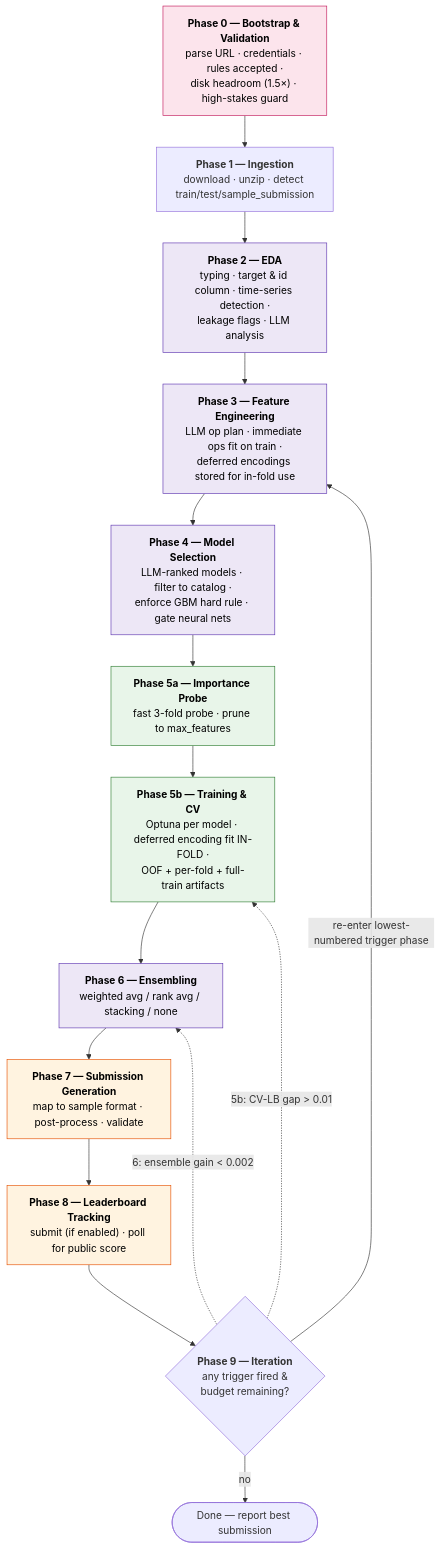
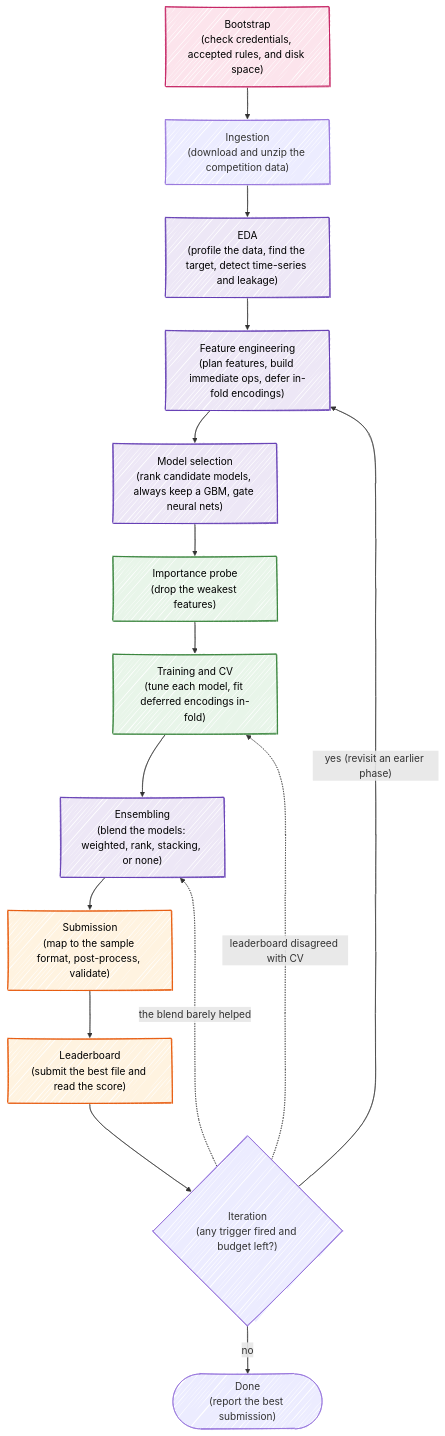
One commit to VaradHajare/Kaggle-Autopilot changed the first of 2 diagrams in README.md. Above: the diagram before and after it, drawn with Mermaid. The commit also changed other lines of this file and 1 other file, not shown here.

First line of the commit message:
Trim README to key diagrams and add architecture image

````diff
--- a/README.md
+++ b/README.md
@@ -151,30 +114,35 @@
 ```mermaid
+---
+config:
+  look: handDrawn
+  theme: default
+---
 flowchart TD
-    P0["<b>Phase 0 — Bootstrap & Validation</b><br/>parse URL · credentials · rules accepted ·<br/>disk headroom (1.5×) · high-stakes guard"]
-    P1["<b>Phase 1 — Ingestion</b><br/>download · unzip · detect train/test/sample_submission"]
-    P2["<b>Phase 2 — EDA</b><br/>typing · target & id column · time-series detection ·<br/>leakage flags · LLM analysis"]
-    P3["<b>Phase 3 — Feature Engineering</b><br/>LLM op plan · immediate ops fit on train ·<br/>deferred encodings stored for in-fold use"]
-    P4["<b>Phase 4 — Model Selection</b><br/>LLM-ranked models · filter to catalog ·<br/>enforce GBM hard rule · gate neural nets"]
-    P5a["<b>Phase 5a — Importance Probe</b><br/>fast 3-fold probe · prune to max_features"]
-    P5b["<b>Phase 5b — Training & CV</b><br/>Optuna per model · deferred encoding fit IN-FOLD ·<br/>OOF + per-fold + full-train artifacts"]
-    P6["<b>Phase 6 — Ensembling</b><br/>weighted avg / rank avg / stacking / none"]
-    P7["<b>Phase 7 — Submission Generation</b><br/>map to sample format · post-process · validate"]
-    P8["<b>Phase 8 — Leaderboard Tracking</b><br/>submit (if enabled) · poll for public score"]
-    P9{"<b>Phase 9 — Iteration</b><br/>any trigger fired &<br/>budget remaining?"}
-    DONE(["Done — report best submission"])
+    P0["Bootstrap<br/>(check credentials, accepted rules, and disk space)"]
+    P1["Ingestion<br/>(download and unzip the competition data)"]
+    P2["EDA<br/>(profile the data, find the target, detect time-series and leakage)"]
+    P3["Feature engineering<br/>(plan features, build immediate ops, defer in-fold encodings)"]
+    P4["Model selection<br/>(rank candidate models, always keep a GBM, gate neural nets)"]
+    P5a["Importance probe<br/>(drop the weakest features)"]
+    P5b["Training and CV<br/>(tune each model, fit deferred encodings in-fold)"]
+    P6["Ensembling<br/>(blend the models: weighted, rank, stacking, or none)"]
+    P7["Submission<br/>(map to the sample format, post-process, validate)"]
+    P8["Leaderboard<br/>(submit the best file and read the score)"]
+    P9{"Iteration<br/>(any trigger fired and budget left?)"}
+    DONE(["Done<br/>(report the best submission)"])
 
     P0 --> P1 --> P2 --> P3 --> P4 --> P5a --> P5b --> P6 --> P7 --> P8 --> P9
     P9 -- "no" --> DONE
-    P9 -- "re-enter lowest-numbered trigger phase" --> P3
-    P9 -. "5b: CV-LB gap > 0.01" .-> P5b
-    P9 -. "6: ensemble gain < 0.002" .-> P6
+    P9 -- "yes (revisit an earlier phase)" --> P3
+    P9 -. "leaderboard disagreed with CV" .-> P5b
+    P9 -. "the blend barely helped" .-> P6
 
     classDef boot fill:#fce4ec,stroke:#c2185b,color:#000;
     classDef llm fill:#ede7f6,stroke:#5e35b1,color:#000;
     classDef train fill:#e8f5e9,stroke:#2e7d32,color:#000;
     classDef sub fill:#fff3e0,stroke:#e65100,color:#000;
     class P0 boot;
     class P2,P3,P4,P6 llm;
     class P5a,P5b train;
     class P7,P8 sub;
 ```
````
